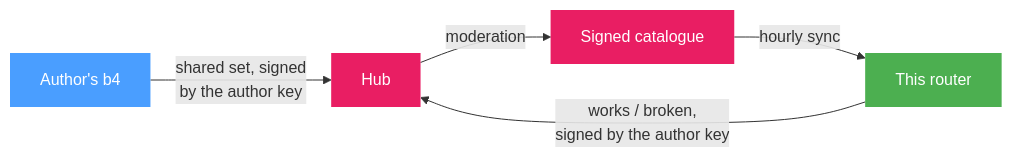
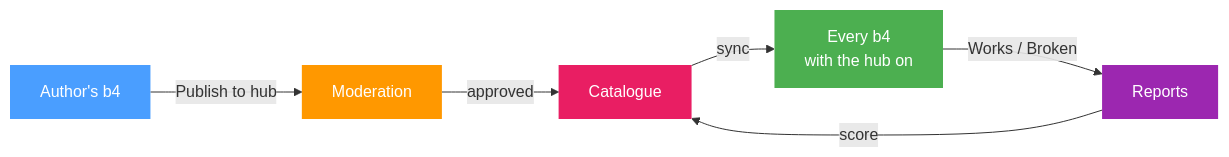
The diagram in docs/docs/community/index.md (DanielLavrushin/b4), drawn with Mermaid before and after one commit. The commit also changed other lines of this file and 9 other files, not shown here.

````diff
--- a/docs/docs/community/index.md
+++ b/docs/docs/community/index.md
@@ -23,12 +19,14 @@
 ```mermaid
 flowchart LR
-    A["Author's b4"] -->|"shared set, signed<br/>by the author key"| H["Hub"]
-    H -->|"moderation"| C["Signed catalogue"]
-    C -->|"hourly sync"| R["This router"]
-    R -->|"works / broken,<br/>signed by the author key"| H
+    A["Author's b4"] -->|"Publish to hub"| M["Moderation"]
+    M -->|"approved"| C["Catalogue"]
+    C -->|"sync"| R["Every b4<br/>with the hub on"]
+    R -->|"Works / Broken"| S["Reports"]
+    S -->|"score"| C
 
     style A fill:#4a9eff,color:#fff,stroke:none
-    style H fill:#e91e63,color:#fff,stroke:none
+    style M fill:#ff9800,color:#fff,stroke:none
     style C fill:#e91e63,color:#fff,stroke:none
     style R fill:#4caf50,color:#fff,stroke:none
+    style S fill:#9c27b0,color:#fff,stroke:none
 ```
````
